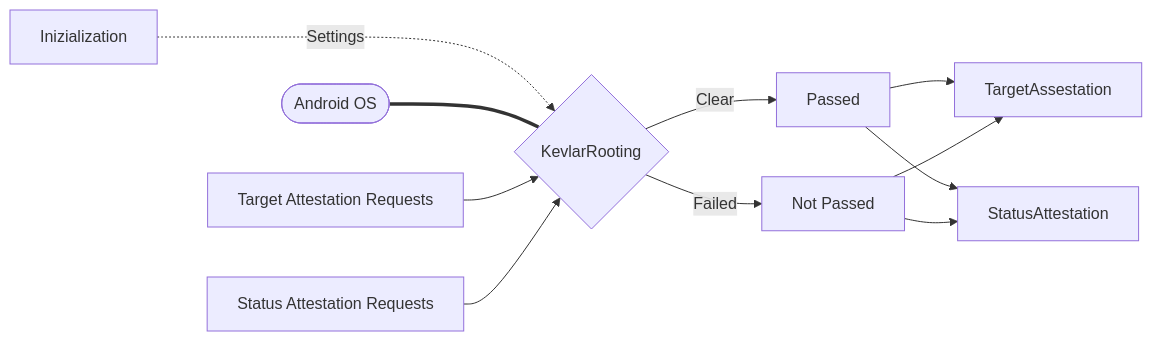
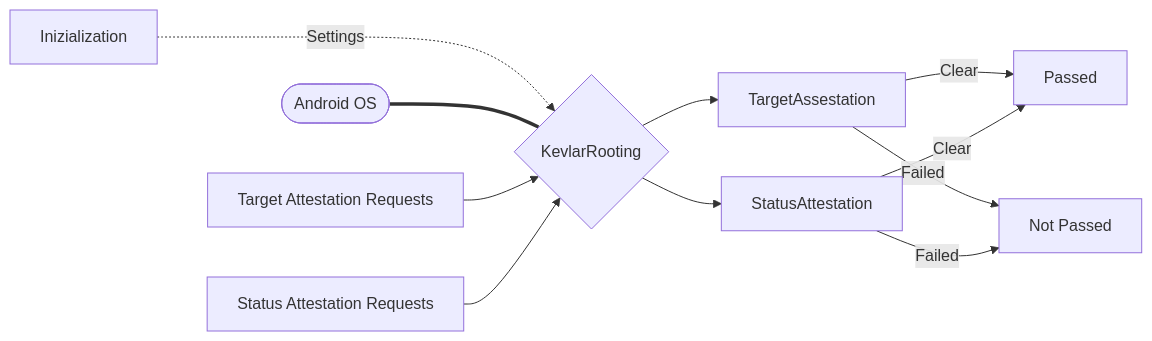
One commit to kevlar-kt/kevlar changed the diagram in docs/pages/modules/rooting/rooting.md. Above: the diagram before and after it, drawn with Mermaid. The commit also changed 9 other files, not shown here.

Commit message:
Docs update: added details, improved graphs and finished reference

````diff
--- a/docs/pages/modules/rooting/rooting.md
+++ b/docs/pages/modules/rooting/rooting.md
@@ -3,13 +3,14 @@
 ``` mermaid
 graph LR
   I[Inizialization] -.Settings..-> K{KevlarRooting};
   DB([Android OS]) === K
   AR1[Target Attestation Requests] --> K
   AR2[Status Attestation Requests] --> K
-  K --> |Clear| P[Passed];
-  K --> |Failed| NP[Not Passed];
-  P --> A1[TargetAssestation]
-  NP --> A1
-  P --> A2[StatusAttestation]
-  NP --> A2
+  K --> A1[TargetAssestation]
+  K --> A2[StatusAttestation]
+  A1 --> |Clear| P[Passed];
+  A2 --> |Clear| P[Passed];
+  A1 --> |Failed| NP[Not Passed];
+  A2 --> |Failed| NP[Not Passed];
+  
 ```
````
